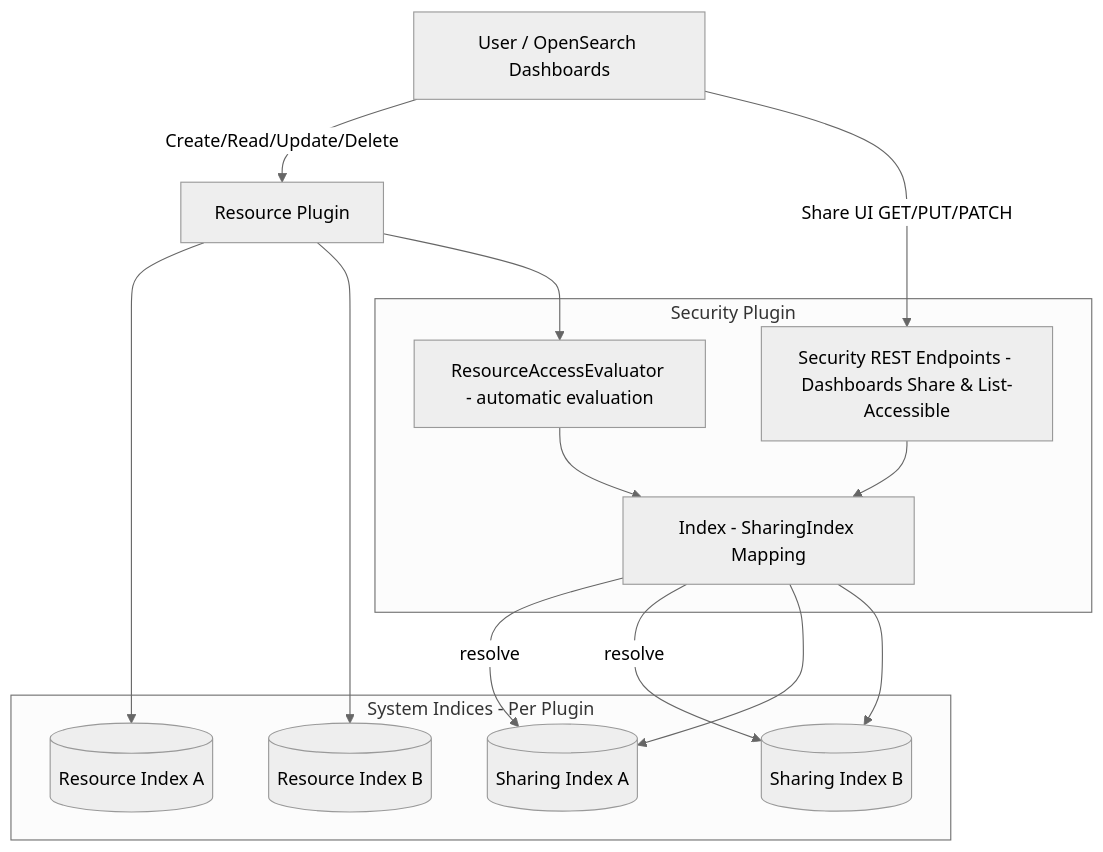
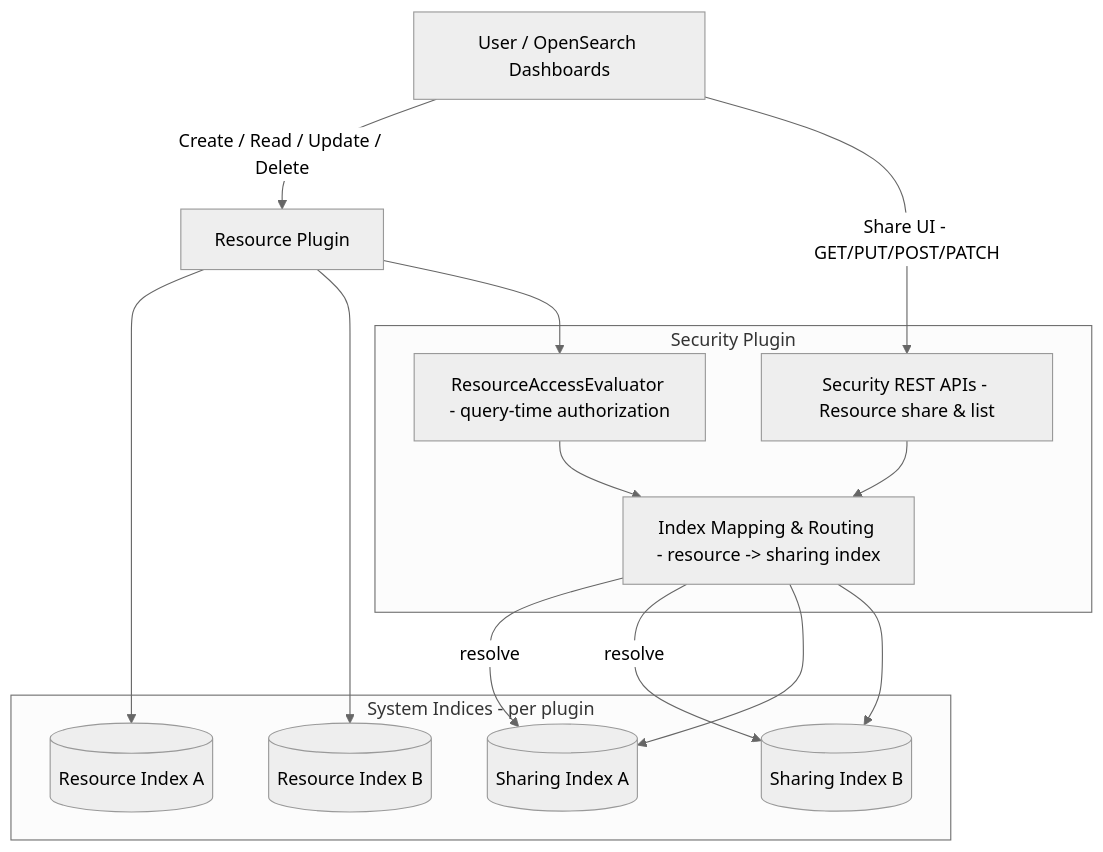
Before and after one commit to opensearch-project/project-website: the first of 2 diagrams in _posts/2025-12-14-Resource-Sharing-Technical-Deep-Dive.md, drawn with Mermaid (neutral theme). The commit also changed other lines of this file, not shown here.

`````diff
--- a/_posts/2025-12-14-Resource-Sharing-Technical-Deep-Dive.md
+++ b/_posts/2025-12-14-Resource-Sharing-Technical-Deep-Dive.md
@@ -106,32 +113,31 @@
 ```mermaid
 flowchart TD
-    U[User / OpenSearch Dashboards] -->|Create/Read/Update/Delete| PL[Resource Plugin]
+    U[User / OpenSearch Dashboards] -->|Create / Read / Update / Delete| PL[Resource Plugin]
 
     subgraph Security[Security Plugin]
-        API[Security REST Endpoints - Dashboards Share & List-Accessible]
-        RAE[ResourceAccessEvaluator - automatic evaluation]
-        MAP[Index - SharingIndex Mapping]
+      API[Security REST APIs - Resource share & list]
+      RAE[ResourceAccessEvaluator - query-time authorization]
+      MAP[Index Mapping & Routing - resource -> sharing index]
     end
 
-    subgraph Data[System Indices - Per Plugin]
-        RIDX1[(Resource Index A)]
-        RSIDX1[(Sharing Index A)]
-        RIDX2[(Resource Index B)]
-        RSIDX2[(Sharing Index B)]
+    subgraph Data[System Indices - per plugin]
+      RIDX1[(Resource Index A)]
+      RSIDX1[(Sharing Index A)]
+      RIDX2[(Resource Index B)]
+      RSIDX2[(Sharing Index B)]
     end
 
     PL --> RIDX1
     PL --> RIDX2
 
-%% Auto-eval for resource requests
+    %% Query-time evaluation
     PL --> RAE
     RAE --> MAP
     MAP -->|resolve| RSIDX1
     MAP -->|resolve| RSIDX2
 
-%% Dashboards Access Mgmt flows
-    U -->|Share UI GET/PUT/PATCH| API
+    %% Dashboards access management flows
+    U -->|Share UI - GET/PUT/POST/PATCH| API
     API --> MAP
     MAP --> RSIDX1 & RSIDX2
-
-````
+```
`````
